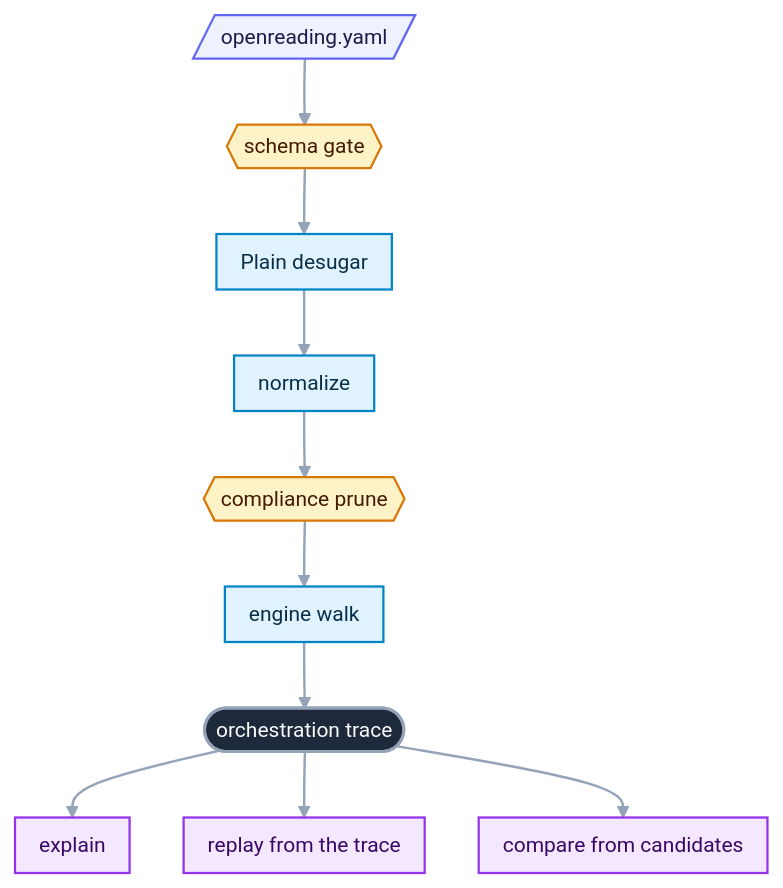
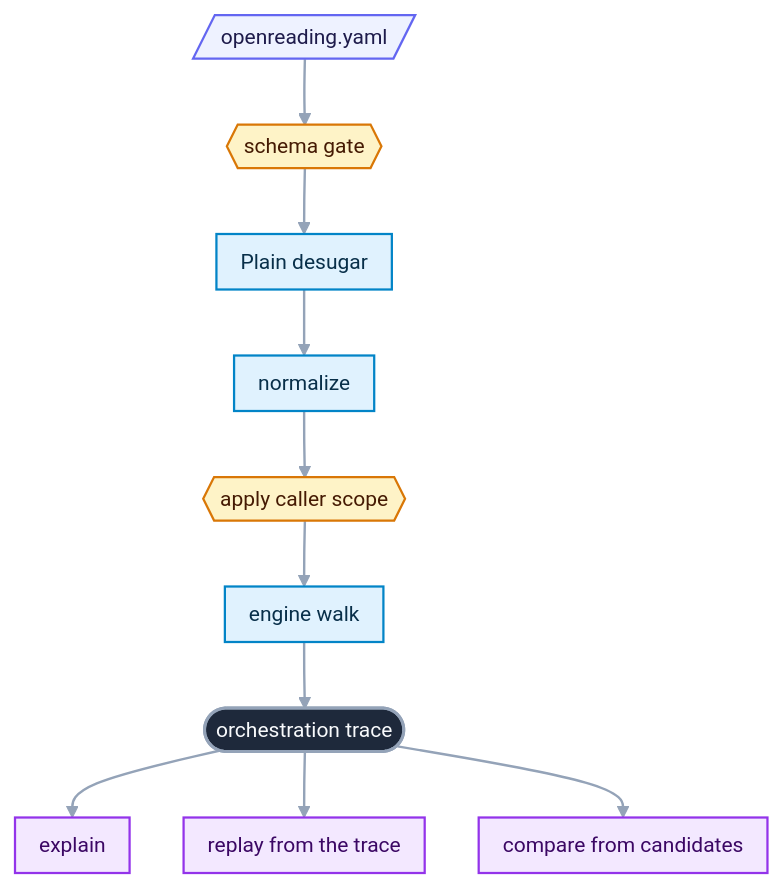
Before and after one commit to openreading-ai/openreading-core: the first of 2 diagrams in src/openreading/strategies/README.md, drawn with Mermaid. The commit also changed other lines of this file and 216 other files, not shown here.

````diff
--- a/src/openreading/strategies/README.md
+++ b/src/openreading/strategies/README.md
@@ -29,22 +29,22 @@
 ```mermaid
 %%{init: {"theme":"base","themeVariables":{"fontFamily":"ui-sans-serif, system-ui, -apple-system, Segoe UI, Roboto, sans-serif","fontSize":"14px","lineColor":"#94a3b8","textColor":"#334155","primaryTextColor":"#0f172a","edgeLabelBackground":"#eef2f7","clusterBkg":"#f8fafc","clusterBorder":"#cbd5e1","titleColor":"#334155"},"flowchart":{"curve":"basis","nodeSpacing":36,"rankSpacing":44,"padding":8,"useMaxWidth":true}}}%%
 flowchart TD
   Y[/"openreading.yaml"/]:::src --> S{{"schema gate"}}:::gate
   S --> P["Plain desugar"]:::work
   P --> N["normalize"]:::work
-  N --> C{{"compliance prune"}}:::gate
+  N --> C{{"apply caller scope"}}:::gate
   C --> E["engine walk"]:::work
   E --> T(["orchestration trace"]):::hero
   T --> X["explain"]:::out
   T --> R["replay from the trace"]:::out
   T --> F["compare from candidates"]:::out
   classDef src fill:#eef2ff,stroke:#6366f1,stroke-width:1.5px,color:#1e1b4b;
   classDef work fill:#e0f2fe,stroke:#0284c7,stroke-width:1.5px,color:#082f49;
   classDef gate fill:#fef3c7,stroke:#d97706,stroke-width:1.5px,color:#451a03;
   classDef good fill:#dcfce7,stroke:#16a34a,stroke-width:1.5px,color:#052e16;
   classDef bad fill:#fee2e2,stroke:#dc2626,stroke-width:1.5px,color:#450a0a;
   classDef store fill:#ccfbf1,stroke:#0d9488,stroke-width:1.5px,color:#042f2e;
   classDef out fill:#f3e8ff,stroke:#9333ea,stroke-width:1.5px,color:#3b0764;
   classDef hero fill:#1e293b,stroke:#94a3b8,stroke-width:2px,color:#f8fafc;
   linkStyle default stroke-width:1.6px;
 ```
````
